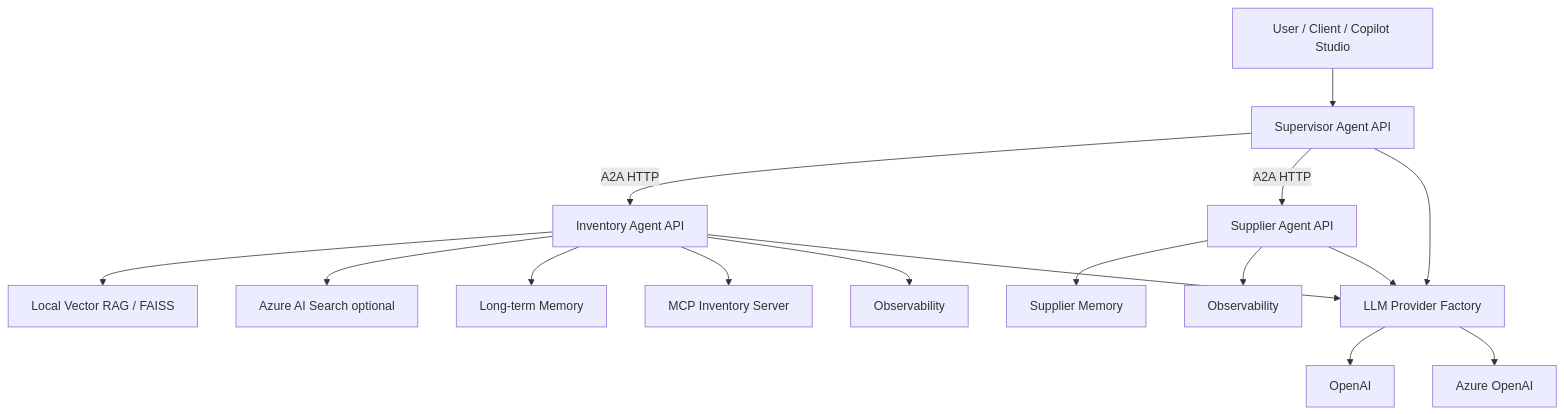
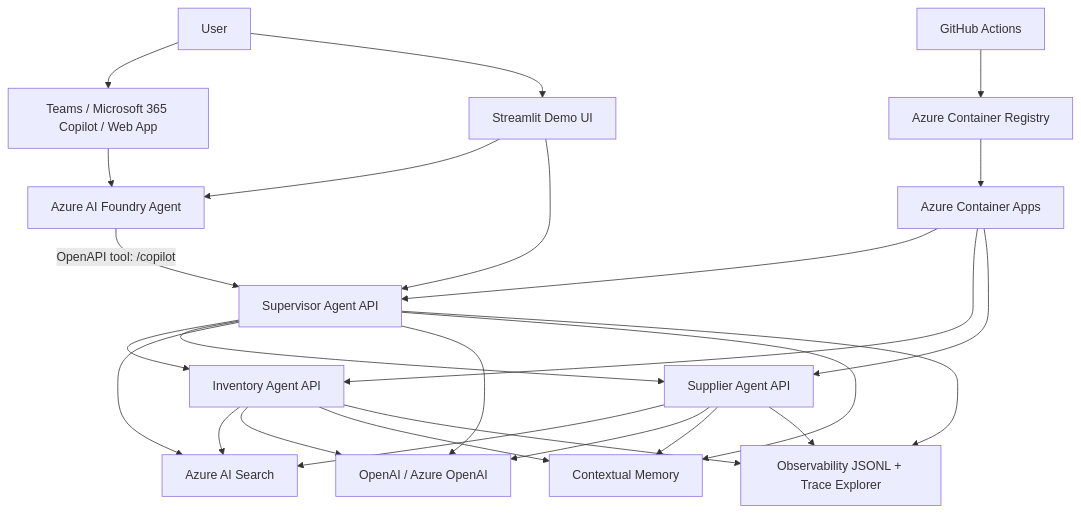
The first of 5 diagrams in docs/ARCHITECTURE.md (cassiofrd/enterprise-ai-agent-platform), drawn with Mermaid before and after one commit. The commit also changed other lines of this file and 6 other files, not shown here.

````diff
--- a/docs/ARCHITECTURE.md
+++ b/docs/ARCHITECTURE.md
@@ -9,22 +17,43 @@
 ```mermaid
 flowchart TD
-    U[User / Client / Copilot Studio] --> S[Supervisor Agent API]
-    S -->|A2A HTTP| I[Inventory Agent API]
-    S -->|A2A HTTP| P[Supplier Agent API]
+    U[User]
+    Teams[Teams / Microsoft 365 Copilot / Web App]
+    ST[Streamlit Demo UI]
+    AF[Azure AI Foundry Agent]
+    SUP[Supervisor Agent API]
+    INV[Inventory Agent API]
+    SUPP[Supplier Agent API]
+    AS[Azure AI Search]
+    LLM[OpenAI / Azure OpenAI]
+    MEM[Contextual Memory]
+    OBS[Observability JSONL + Trace Explorer]
+    ACA[Azure Container Apps]
+    ACR[Azure Container Registry]
+    GHA[GitHub Actions]
 
-    I --> RAG[Local Vector RAG / FAISS]
-    I --> AS[Azure AI Search optional]
-    I --> MEM[Long-term Memory]
-    I --> MCP[MCP Inventory Server]
-    I --> OBS[Observability]
-
-    P --> PMEM[Supplier Memory]
-    P --> POBS[Observability]
-
-    S --> LLM[LLM Provider Factory]
-    I --> LLM
-    P --> LLM
-
-    LLM --> OPENAI[OpenAI]
-    LLM --> AZURE[Azure OpenAI]
+    U --> Teams
+    U --> ST
+    Teams --> AF
+    ST --> AF
+    ST --> SUP
+    AF -->|OpenAPI tool: /copilot| SUP
+    SUP --> INV
+    SUP --> SUPP
+    SUP --> AS
+    INV --> AS
+    SUPP --> AS
+    SUP --> LLM
+    INV --> LLM
+    SUPP --> LLM
+    SUP --> MEM
+    INV --> MEM
+    SUPP --> MEM
+    SUP --> OBS
+    INV --> OBS
+    SUPP --> OBS
+    GHA --> ACR
+    ACR --> ACA
+    ACA --> SUP
+    ACA --> INV
+    ACA --> SUPP
 ```
````
